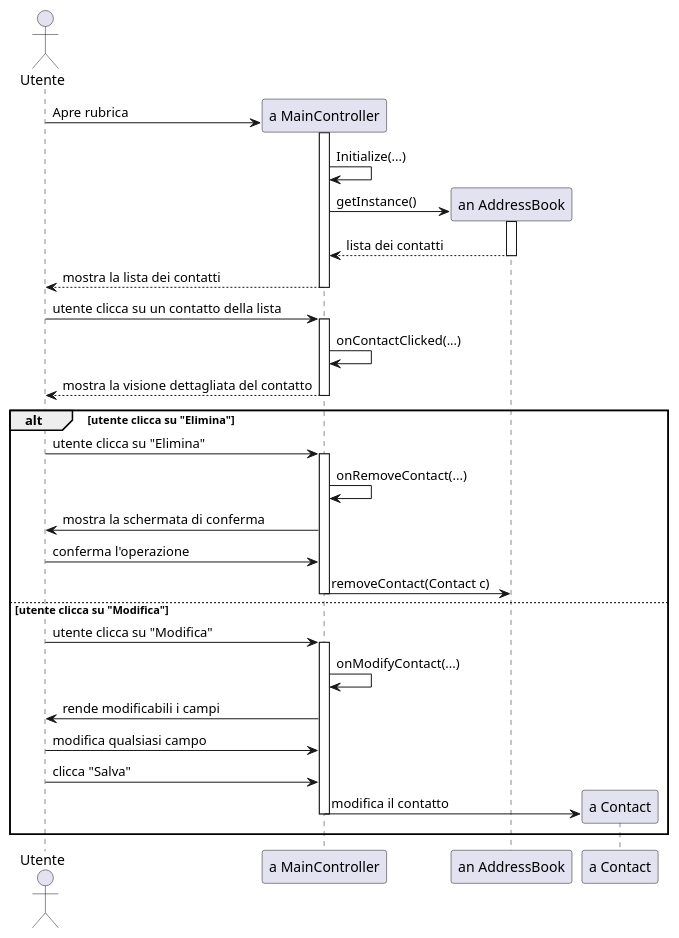
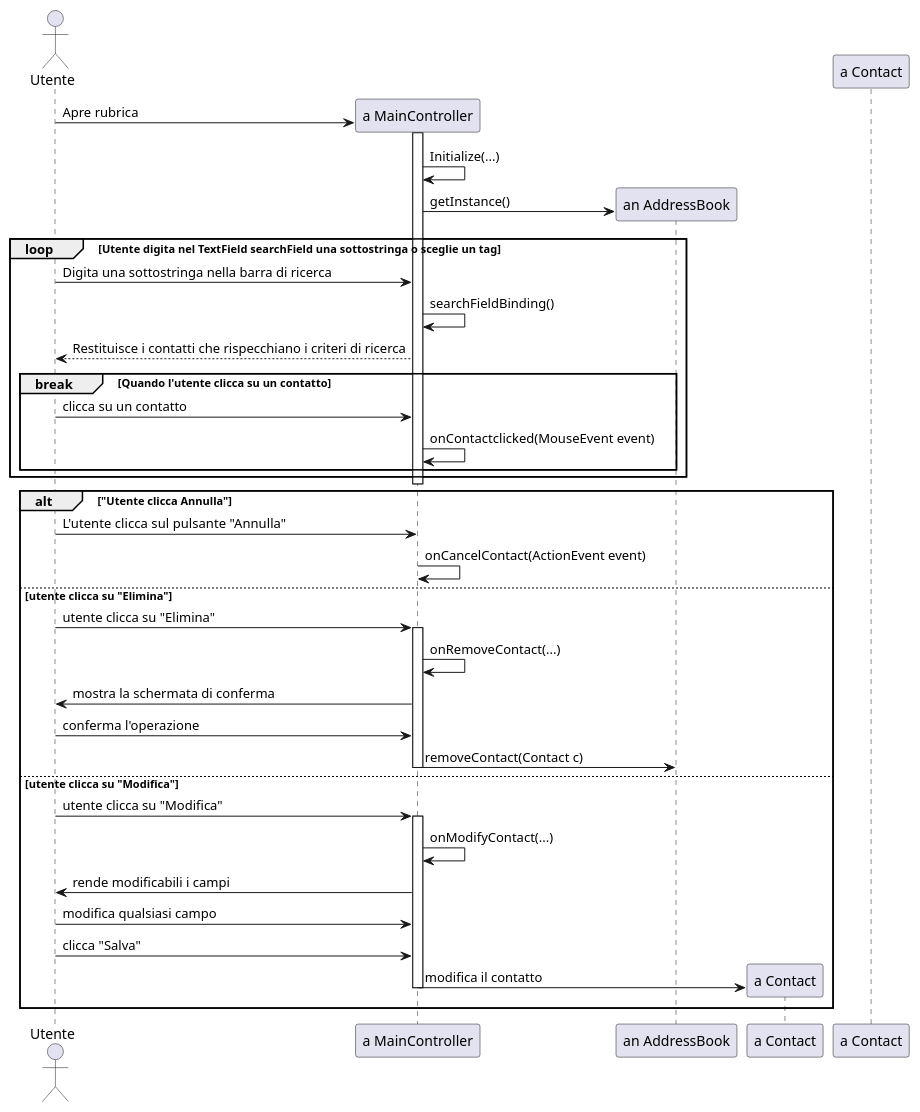
The diagram in documenti/diagrammaSequenzaC2C3EliminareModificareContatto.puml (savaava/ProgettoRubrica), drawn with PlantUML before and after one commit.

Commit message:
Refactor C2C3

```diff
--- a/documenti/diagrammaSequenzaC2C3EliminareModificareContatto.puml
+++ b/documenti/diagrammaSequenzaC2C3EliminareModificareContatto.puml
@@ -1,45 +1,49 @@
 @startuml EliminareModificareContatto
 
 actor Utente as u
 participant "a MainController" as mc 
 participant "an AddressBook" as ab 
 participant "a Contact" as c
 
 u -> mc ** : Apre rubrica
 activate mc 
 mc -> mc : Initialize(...)
 mc -> ab ** : getInstance()
-activate ab
-ab --> mc : lista dei contatti
-deactivate ab
-mc --> u : mostra la lista dei contatti
+loop Utente digita nel TextField searchField una sottostringa o sceglie un tag
+    u -> mc : Digita una sottostringa nella barra di ricerca
+    mc -> mc : searchFieldBinding()
+    mc --> u : Restituisce i contatti che rispecchiano i criteri di ricerca
+    break Quando l'utente clicca su un contatto
+        u -> mc : clicca su un contatto
+        mc -> mc : onContactclicked(MouseEvent event)
+        deactivate "a Contact"
+    end
+end
 deactivate mc
 
-u -> mc : utente clicca su un contatto della lista
-activate mc
-mc -> mc : onContactClicked(...)
-mc --> u : mostra la visione dettagliata del contatto
-deactivate mc
+alt "Utente clicca Annulla"
+    u -> mc : L'utente clicca sul pulsante "Annulla"
+    mc -> mc : onCancelContact(ActionEvent event)
 
-alt utente clicca su "Elimina"
+else utente clicca su "Elimina"
 u -> mc : utente clicca su "Elimina"
 activate mc
 mc -> mc : onRemoveContact(...)
 mc -> u : mostra la schermata di conferma
 u -> mc : conferma l'operazione
 mc -> ab : removeContact(Contact c)
 deactivate mc
 
 else utente clicca su "Modifica"
 u -> mc : utente clicca su "Modifica"
 activate mc
 mc -> mc : onModifyContact(...)
 mc -> u : rende modificabili i campi
 u -> mc : modifica qualsiasi campo
 u -> mc : clicca "Salva"
 mc -> c ** : modifica il contatto
 deactivate mc
 
 end
 
 @enduml
```
